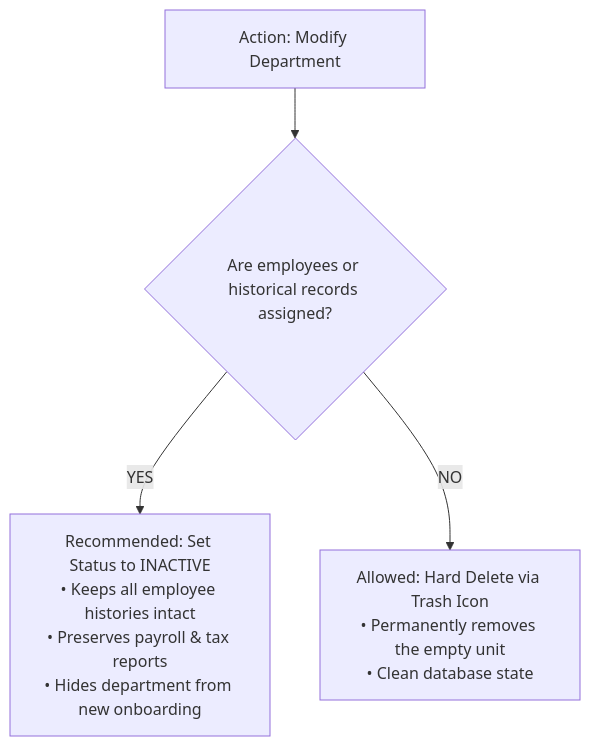
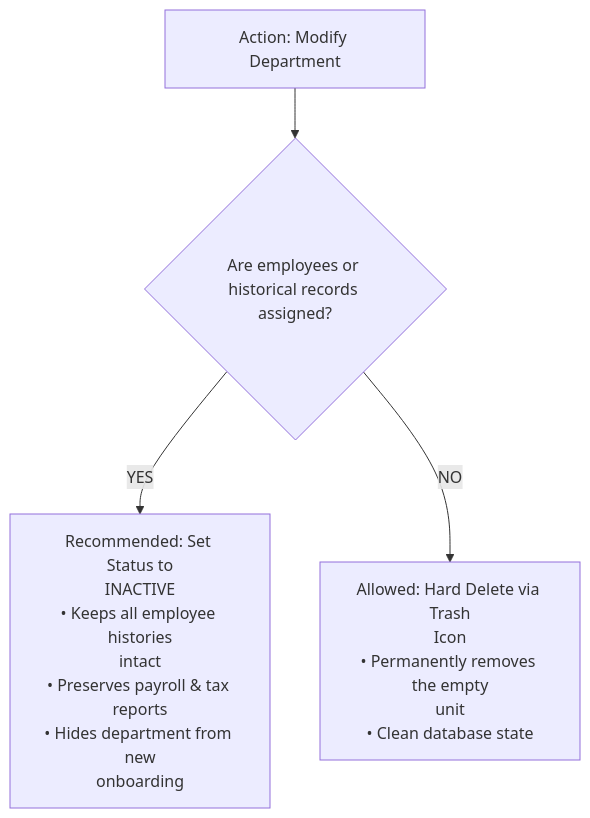
Before and after one commit to SRJ-GROUP/hubnest_user_guide: the second of 2 diagrams in docs/hrms/departments.md, drawn with Mermaid. The commit also changed other lines of this file and 161 other files, not shown here.

Commit message:
feat: complete HubMeet suite, supervisor portal docs, diagram fixes, and interactive eye-button zoom modal

````diff
--- a/docs/hrms/departments.md
+++ b/docs/hrms/departments.md
@@ -125,8 +125,8 @@
 ```mermaid
 flowchart TD
     Start["Action: Modify Department"] --> Check{"Are employees or historical records assigned?"}
     
-    Check -- "YES" --> Deactivate["Recommended: Set Status to INACTIVE<br/>• Keeps all employee histories intact<br/>• Preserves payroll & tax reports<br/>• Hides department from new onboarding"]
+    Check -- "YES" --> Deactivate["Recommended: Set Status to<br/>INACTIVE<br/>• Keeps all employee histories<br/>intact<br/>• Preserves payroll & tax reports<br/>• Hides department from new<br/>onboarding"]
     
-    Check -- "NO" --> Delete["Allowed: Hard Delete via Trash Icon<br/>• Permanently removes the empty unit<br/>• Clean database state"]
+    Check -- "NO" --> Delete["Allowed: Hard Delete via Trash<br/>Icon<br/>• Permanently removes the empty<br/>unit<br/>• Clean database state"]
 ```
````
